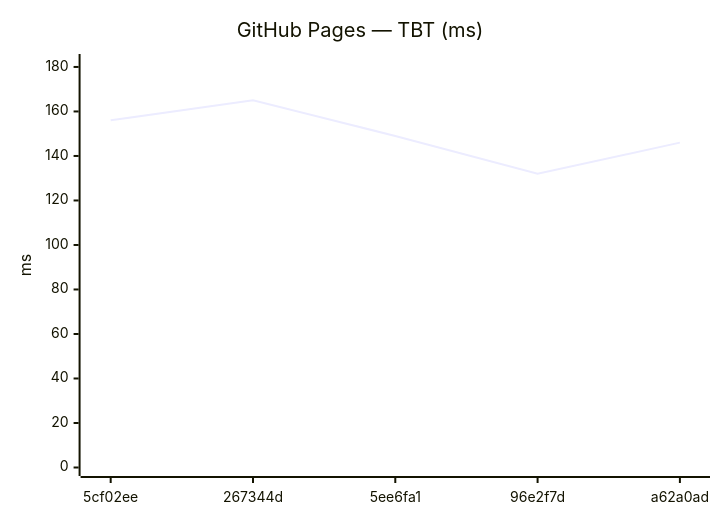
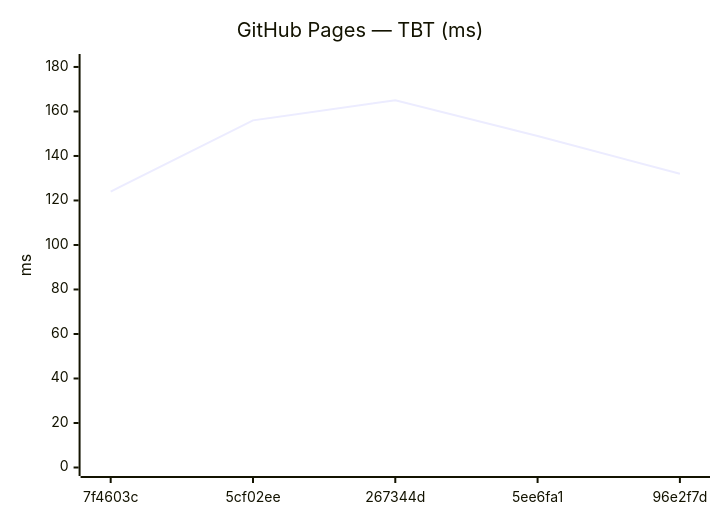
The tenth of 18 diagrams in benchmarks/compare.md (Metaheurist/Rianell), drawn with Mermaid before and after one commit. The commit also changed other lines of this file and 11 other files, not shown here.

````diff
--- a/benchmarks/compare.md
+++ b/benchmarks/compare.md
@@ -149,7 +149,7 @@
 ```mermaid
 xychart-beta
     title "GitHub Pages — TBT (ms)"
-    x-axis ["5cf02ee", "267344d", "5ee6fa1", "96e2f7d", "a62a0ad"]
+    x-axis ["7f4603c", "5cf02ee", "267344d", "5ee6fa1", "96e2f7d"]
     y-axis "ms" 0 --> 182
-    line [156, 165, 149, 132, 146]
+    line [124, 156, 165, 149, 132]
 ```
````
